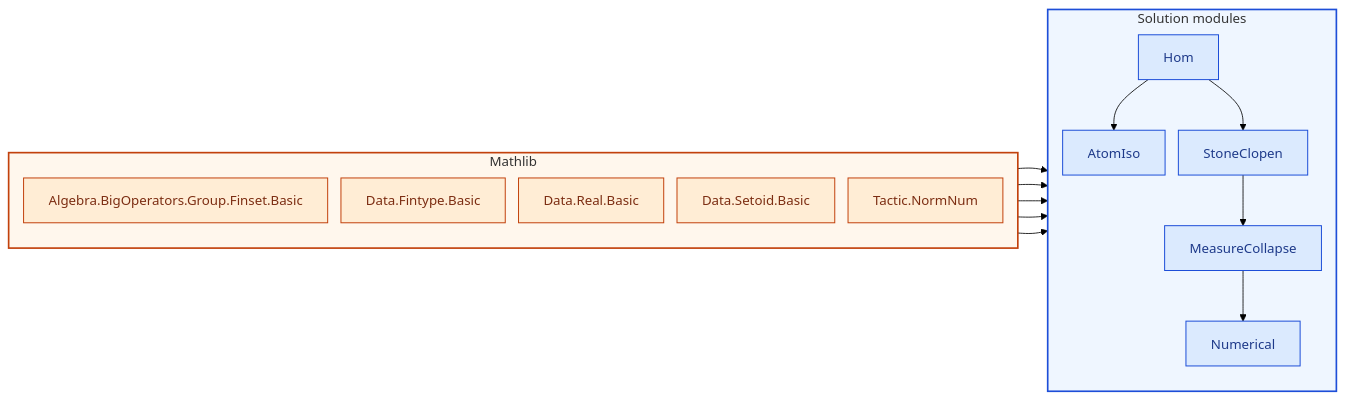
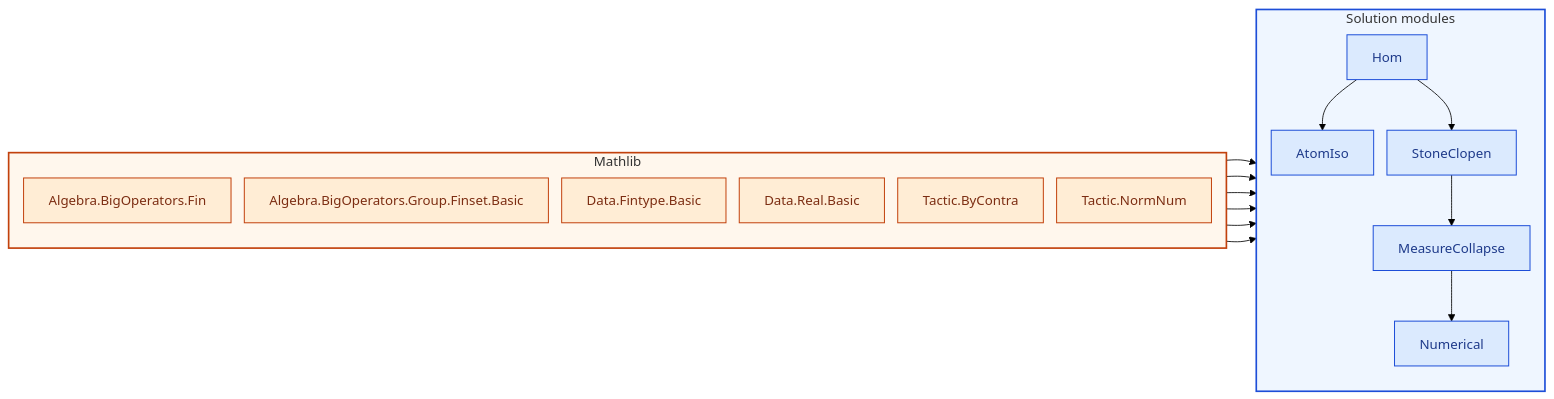
The diagram in courses/21-322.md (catskillsresearch/fabbro), drawn with Mermaid (forest theme) before and after one commit. The commit also changed other lines of this file and 89 other files, not shown here.

````diff
--- a/courses/21-322.md
+++ b/courses/21-322.md
@@ -21,36 +22,38 @@
 ```mermaid
 %%{init: {"flowchart": {"htmlLabels": false, "nodeSpacing": 16, "rankSpacing": 36}}}%%
 flowchart LR
   classDef course fill:#dbeafe,stroke:#1d4ed8,color:#1e3a8a,stroke-width:1.2px
   classDef mathlib fill:#ffedd5,stroke:#c2410c,color:#7c2d12,stroke-width:1.2px
 
   subgraph ML["Mathlib"]
     direction TB
     style ML fill:#fff7ed,stroke:#c2410c,stroke-width:2px
+    LAlgebraBigOperatorsFin["Algebra.BigOperators.Fin"]:::mathlib
     LAlgebraBigOperatorsGroupFinsetBasic["Algebra.BigOperators.Group.Finset.Basic"]:::mathlib
     LDataFintypeBasic["Data.Fintype.Basic"]:::mathlib
     LDataRealBasic["Data.Real.Basic"]:::mathlib
-    LDataSetoidBasic["Data.Setoid.Basic"]:::mathlib
+    LTacticByContra["Tactic.ByContra"]:::mathlib
     LTacticNormNum["Tactic.NormNum"]:::mathlib
   end
 
   subgraph SOL["Solution modules"]
     direction TB
     style SOL fill:#eff6ff,stroke:#1d4ed8,stroke-width:2px
     MAtomIso["AtomIso"]:::course
     MHom["Hom"]:::course
     MMeasureCollapse["MeasureCollapse"]:::course
     MNumerical["Numerical"]:::course
     MStoneClopen["StoneClopen"]:::course
   end
 
-  LDataSetoidBasic --> MAtomIso
+  LTacticByContra --> MAtomIso
   MHom --> MAtomIso
+  LAlgebraBigOperatorsGroupFinsetBasic --> MHom
   LDataFintypeBasic --> MHom
-  LAlgebraBigOperatorsGroupFinsetBasic --> MHom
   LDataRealBasic --> MMeasureCollapse
   MStoneClopen --> MMeasureCollapse
   LTacticNormNum --> MNumerical
+  LAlgebraBigOperatorsFin --> MNumerical
   MMeasureCollapse --> MNumerical
   MHom --> MStoneClopen
 ```
````
